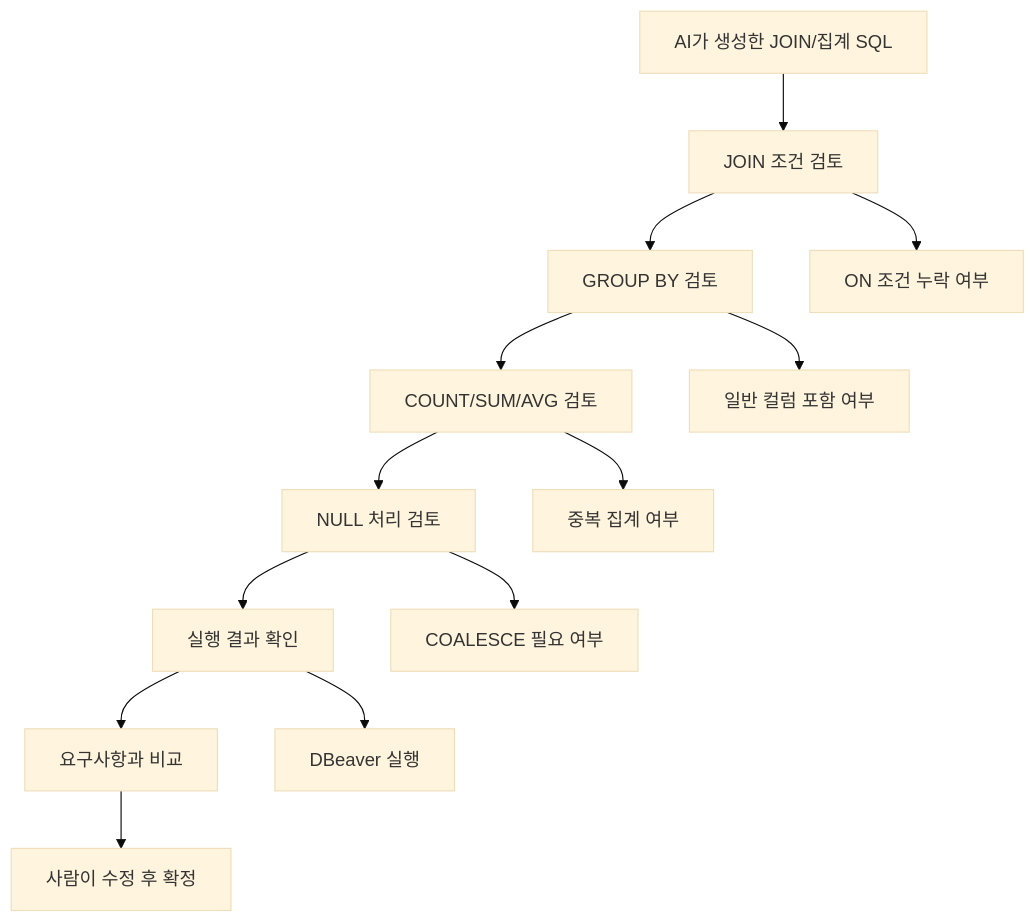
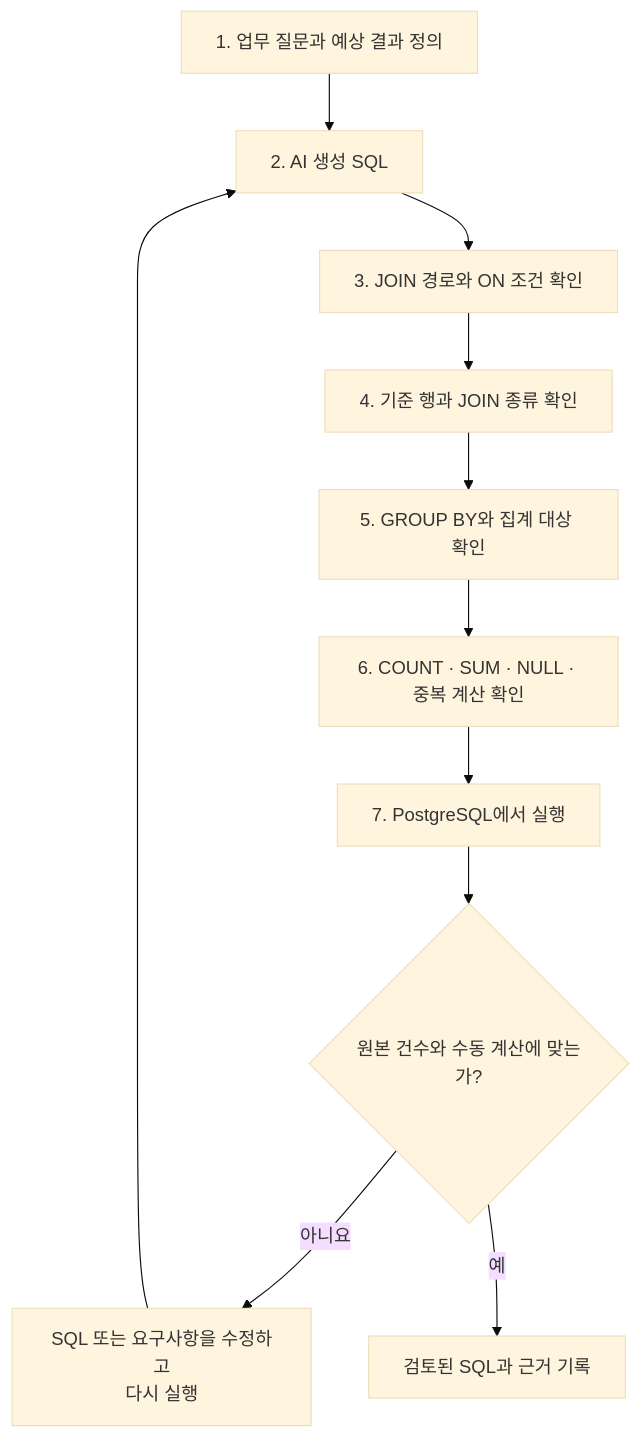
The diagram in images/chapter08/ch08_08_ai_join_sql_review_flow.mmd (GilbertMoon/ai-database-book), drawn with Mermaid (base theme) before and after one commit. The commit also changed 46 other files, not shown here.

Commit message:
Revise Chapters 07 and 08 content and diagrams

```diff
--- a/images/chapter08/ch08_08_ai_join_sql_review_flow.mmd
+++ b/images/chapter08/ch08_08_ai_join_sql_review_flow.mmd
@@ -1,15 +1,16 @@
-flowchart TD
-    A[AI가 생성한 JOIN/집계 SQL]
-    A --> B[JOIN 조건 검토]
-    B --> C[GROUP BY 검토]
-    C --> D[COUNT/SUM/AVG 검토]
-    D --> E[NULL 처리 검토]
-    E --> F[실행 결과 확인]
-    F --> G[요구사항과 비교]
+flowchart TB
+    Q[1. 업무 질문과 예상 결과 정의]
+    A[2. AI 생성 SQL]
+    J[3. JOIN 경로와 ON 조건 확인]
+    T[4. 기준 행과 JOIN 종류 확인]
+    G[5. GROUP BY와 집계 대상 확인]
+    C[6. COUNT · SUM · NULL · 중복 계산 확인]
+    R[7. PostgreSQL에서 실행]
+    D{원본 건수와 수동 계산에 맞는가?}
+    F[SQL 또는 요구사항을 수정하고\n다시 실행]
+    O[검토된 SQL과 근거 기록]
 
-    B --> B1[ON 조건 누락 여부]
-    C --> C1[일반 컬럼 포함 여부]
-    D --> D1[중복 집계 여부]
-    E --> E1[COALESCE 필요 여부]
-    F --> F1[DBeaver 실행]
-    G --> H[사람이 수정 후 확정]
+    Q --> A --> J --> T --> G --> C --> R --> D
+    D -->|아니요| F
+    F --> A
+    D -->|예| O
```
